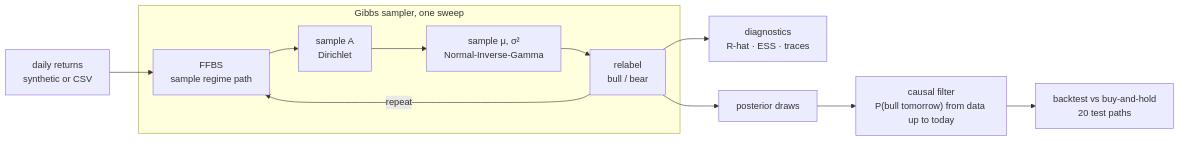
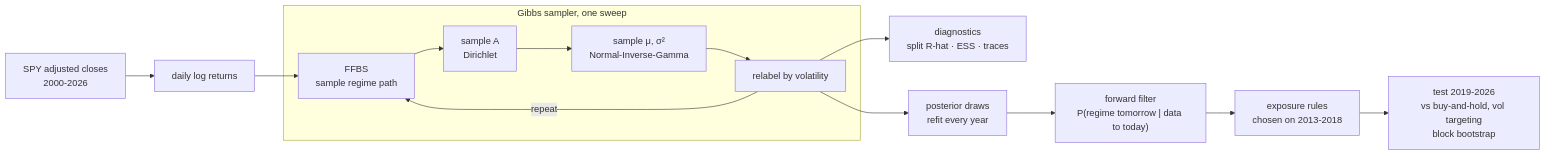
One commit to John-Ferd/bayesian-regime-hmm changed the diagram in README.md. Above: the diagram before and after it, drawn with Mermaid. The commit also changed other lines of this file and 18 other files, not shown here.

First line of the commit message:
Run on real SPY data 2000-2026 with walk-forward evaluation; drop the synthetic experiment

````diff
--- a/README.md
+++ b/README.md
@@ -57,14 +76,16 @@
 ```mermaid
 flowchart LR
+  D["SPY adjusted closes<br/>2000-2026"] --> R["daily log returns"]
   subgraph G["Gibbs sampler, one sweep"]
     S["FFBS<br/>sample regime path"] --> A["sample A<br/>Dirichlet"]
     A --> N["sample μ, σ²<br/>Normal-Inverse-Gamma"]
-    N --> L["relabel<br/>bull / bear"]
+    N --> L["relabel by volatility"]
   end
-  R["daily returns<br/>synthetic or CSV"] --> S
+  R --> S
   L -->|"repeat"| S
-  L --> DG["diagnostics<br/>R-hat · ESS · traces"]
-  L --> PD["posterior draws"]
-  PD --> F["causal filter<br/>P(bull tomorrow) from data up to today"]
-  F --> B["backtest vs buy-and-hold<br/>20 test paths"]
+  L --> DG["diagnostics<br/>split R-hat · ESS · traces"]
+  L --> PD["posterior draws<br/>refit every year"]
+  PD --> F["forward filter<br/>P(regime tomorrow | data to today)"]
+  F --> E["exposure rules<br/>chosen on 2013-2018"]
+  E --> B["test 2019-2026<br/>vs buy-and-hold, vol targeting<br/>block bootstrap"]
 ```
````
